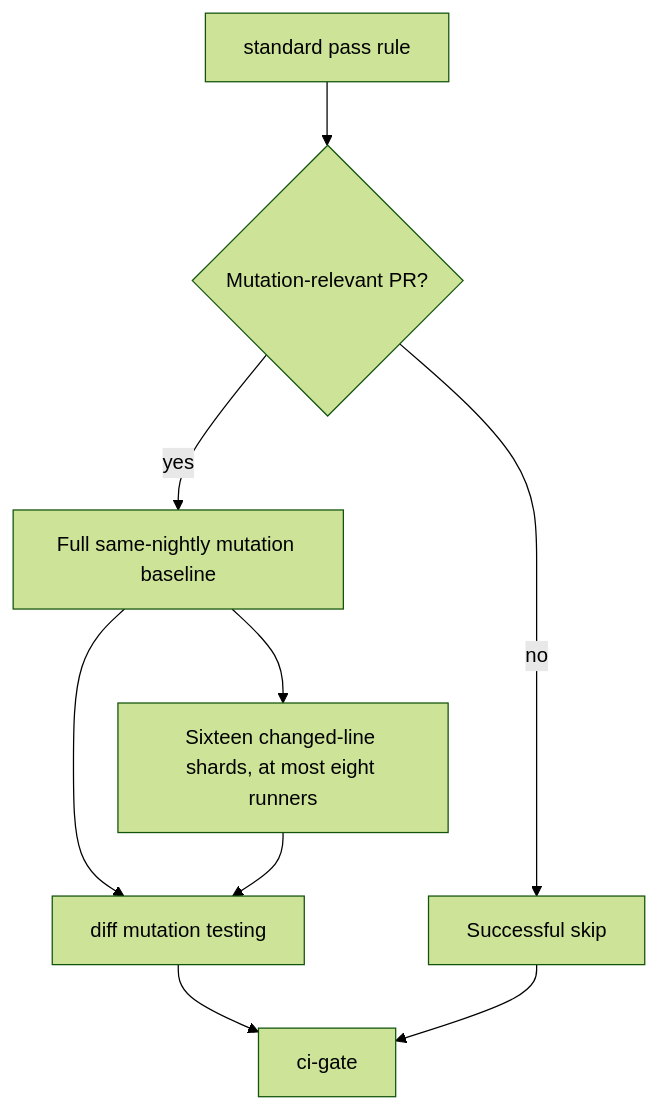
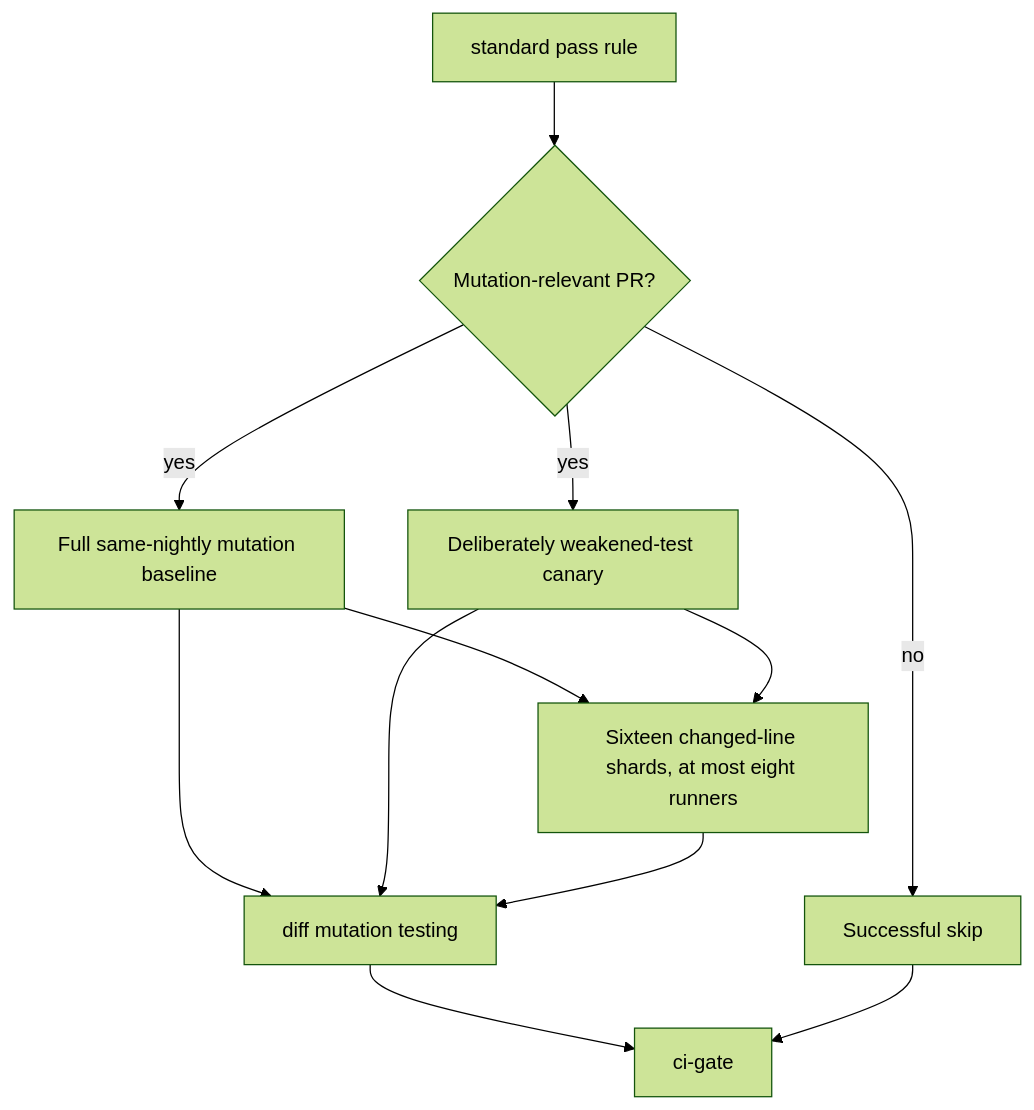
One commit to arceushui/pigloros changed the ninth of 14 diagrams in CONTRIBUTING.md. Above: the diagram before and after it, drawn with Mermaid (forest theme). The commit also changed other lines of this file and 4 other files, not shown here.

Commit message:
[CI] harden mutation canary evidence and policy

````diff
--- a/CONTRIBUTING.md
+++ b/CONTRIBUTING.md
@@ -348,11 +353,14 @@
 ```mermaid
 flowchart TD
     G["standard pass rule"] --> R{"Mutation-relevant PR?"}
     R -->|"no"| S["Successful skip"]
     R -->|"yes"| B["Full same-nightly mutation baseline"]
+    R -->|"yes"| C["Deliberately weakened-test canary"]
     B --> M["Sixteen changed-line shards, at most eight runners"]
+    C --> M
     B --> MG["diff mutation testing"]
+    C --> MG["diff mutation testing"]
     M --> MG["diff mutation testing"]
     MG --> CI["ci-gate"]
     S --> CI
 ```
````
